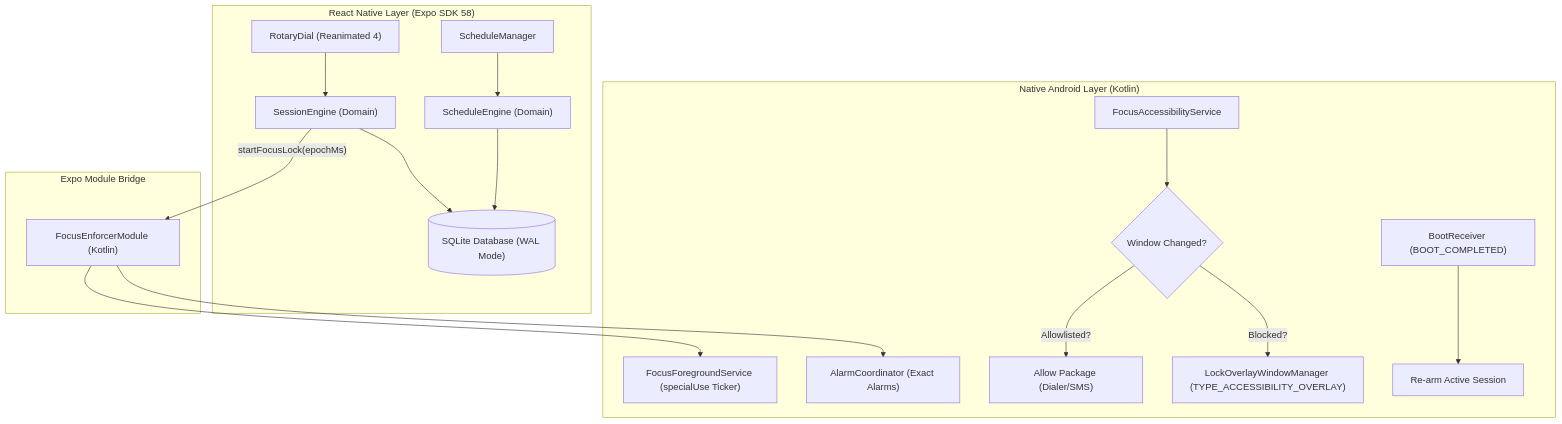
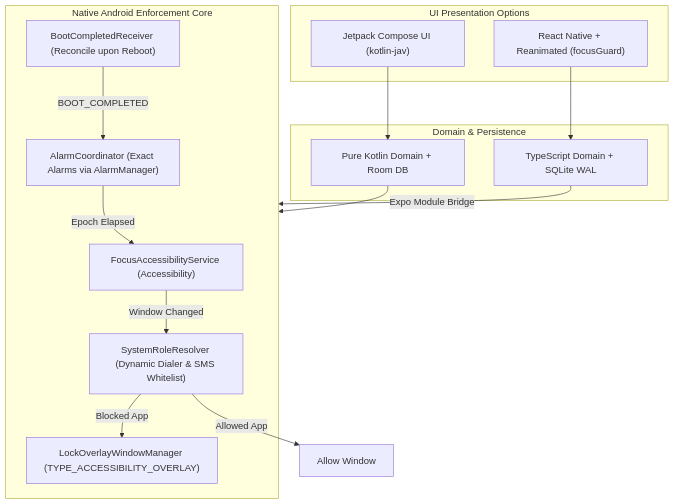
Before and after one commit to coder7475/focusGuard: the diagram in README.md, drawn with Mermaid. The commit also changed other lines of this file and 163 other files, not shown here.

````diff
--- a/README.md
+++ b/README.md
@@ -99,22 +134,31 @@
 ```mermaid
 flowchart TD
-    subgraph UI ["React Native Layer (Expo SDK 58)"]
-        Dial["RotaryDial (Reanimated 4)"] --> SessionEngine["SessionEngine (Domain)"]
-        Schedules["ScheduleManager"] --> ScheduleEngine["ScheduleEngine (Domain)"]
-        SessionEngine --> DB[("SQLite Database (WAL Mode)")]
-        ScheduleEngine --> DB
+    subgraph Frontends ["UI Presentation Options"]
+        KUI["Jetpack Compose UI (kotlin-jav)"]
+        RNUI["React Native + Reanimated (focusGuard)"]
     end
 
-    subgraph NativeBridge ["Expo Module Bridge"]
-        SessionEngine -- "startFocusLock(epochMs)" --> FocusEnforcerModule["FocusEnforcerModule (Kotlin)"]
+    subgraph DomainEngines ["Domain & Persistence"]
+        KDomain["Pure Kotlin Domain + Room DB"]
+        RNDomain["TypeScript Domain + SQLite WAL"]
     end
 
-    subgraph AndroidCore ["Native Android Layer (Kotlin)"]
-        FocusEnforcerModule --> FGS["FocusForegroundService (specialUse Ticker)"]
-        FocusEnforcerModule --> Alarm["AlarmCoordinator (Exact Alarms)"]
-        AccessService["FocusAccessibilityService"] --> Event{"Window Changed?"}
-        Event -- "Allowlisted?" --> Pass["Allow Package (Dialer/SMS)"]
-        Event -- "Blocked?" --> Overlay["LockOverlayWindowManager (TYPE_ACCESSIBILITY_OVERLAY)"]
-        BootReceiver["BootReceiver (BOOT_COMPLETED)"] --> Reconcile["Re-arm Active Session"]
+    subgraph NativeEnforcement ["Native Android Enforcement Core"]
+        Service["FocusAccessibilityService (Accessibility)"]
+        Overlay["LockOverlayWindowManager (TYPE_ACCESSIBILITY_OVERLAY)"]
+        Alarm["AlarmCoordinator (Exact Alarms via AlarmManager)"]
+        Boot["BootCompletedReceiver (Reconcile upon Reboot)"]
+        Role["SystemRoleResolver (Dynamic Dialer & SMS Whitelist)"]
     end
+
+    KUI --> KDomain
+    RNUI --> RNDomain
+    KDomain --> NativeEnforcement
+    RNDomain -- "Expo Module Bridge" --> NativeEnforcement
+
+    Service -- "Window Changed" --> Role
+    Role -- "Blocked App" --> Overlay
+    Role -- "Allowed App" --> Pass["Allow Window"]
+    Alarm -- "Epoch Elapsed" --> Service
+    Boot -- "BOOT_COMPLETED" --> Alarm
 ```
````
